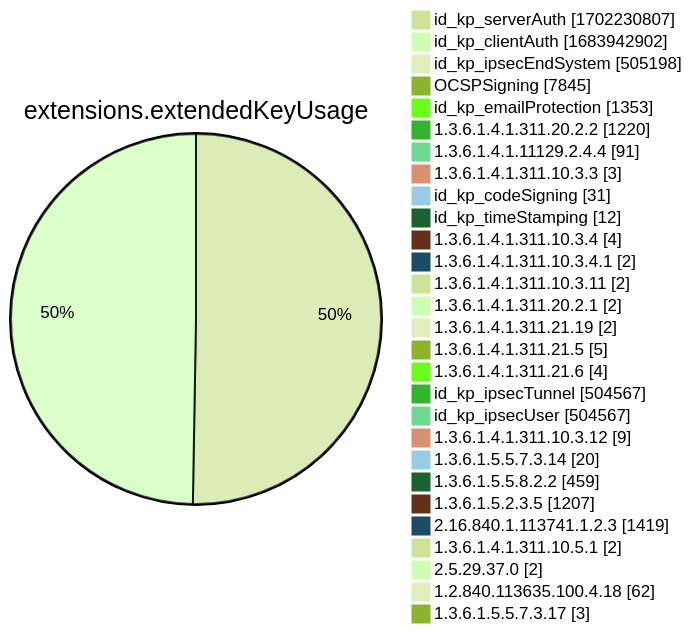
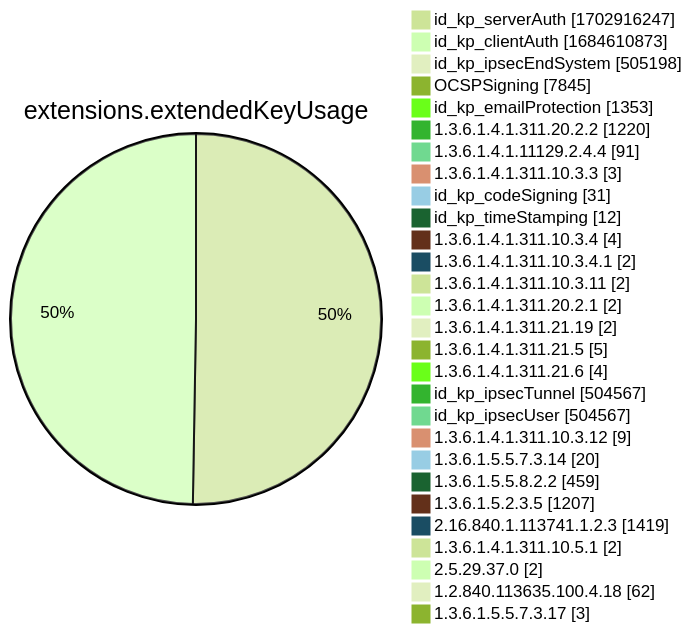
Before and after one commit to christiankrug/ctmonitor_visualization: diagram 12 of 15 in xenon2022/README.md, drawn with Mermaid (forest theme). The commit also changed other lines of this file, not shown here.

````diff
--- a/xenon2022/README.md
+++ b/xenon2022/README.md
@@ -3888,32 +3888,32 @@
 ```mermaid
 pie showData
 title extensions.extendedKeyUsage
-"id_kp_serverAuth" :1702230807
-"id_kp_clientAuth" :1683942902
+"id_kp_serverAuth" :1702916247
+"id_kp_clientAuth" :1684610873
 "id_kp_ipsecEndSystem" :505198
 "OCSPSigning" :7845
 "id_kp_emailProtection" :1353
 "1.3.6.1.4.1.311.20.2.2" :1220
 "1.3.6.1.4.1.11129.2.4.4" :91
 "1.3.6.1.4.1.311.10.3.3" :3
 "id_kp_codeSigning" :31
 "id_kp_timeStamping" :12
 "1.3.6.1.4.1.311.10.3.4" :4
 "1.3.6.1.4.1.311.10.3.4.1" :2
 "1.3.6.1.4.1.311.10.3.11" :2
 "1.3.6.1.4.1.311.20.2.1" :2
 "1.3.6.1.4.1.311.21.19" :2
 "1.3.6.1.4.1.311.21.5" :5
 "1.3.6.1.4.1.311.21.6" :4
 "id_kp_ipsecTunnel" :504567
 "id_kp_ipsecUser" :504567
 "1.3.6.1.4.1.311.10.3.12" :9
 "1.3.6.1.5.5.7.3.14" :20
 "1.3.6.1.5.5.8.2.2" :459
 "1.3.6.1.5.2.3.5" :1207
 "2.16.840.1.113741.1.2.3" :1419
 "1.3.6.1.4.1.311.10.5.1" :2
 "2.5.29.37.0" :2
 "1.2.840.113635.100.4.18" :62
 "1.3.6.1.5.5.7.3.17" :3
 ```
````
